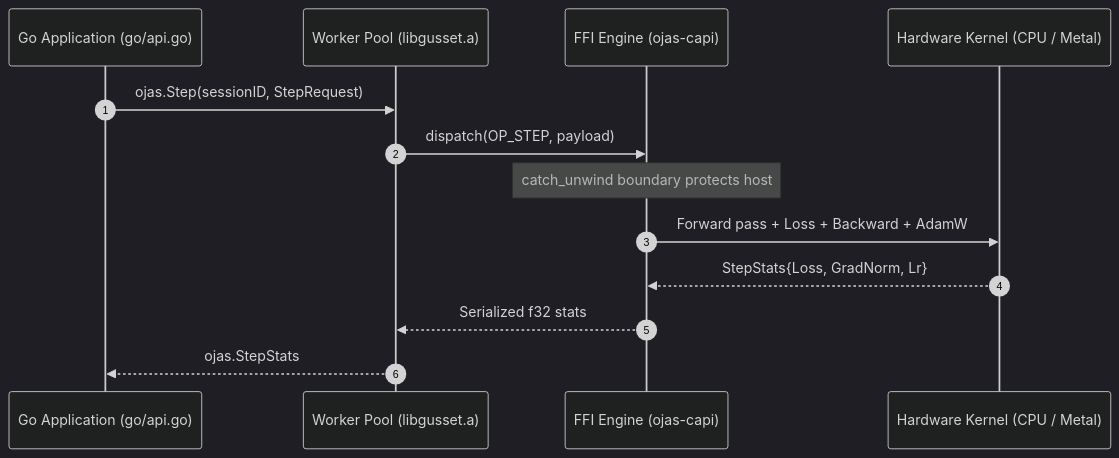
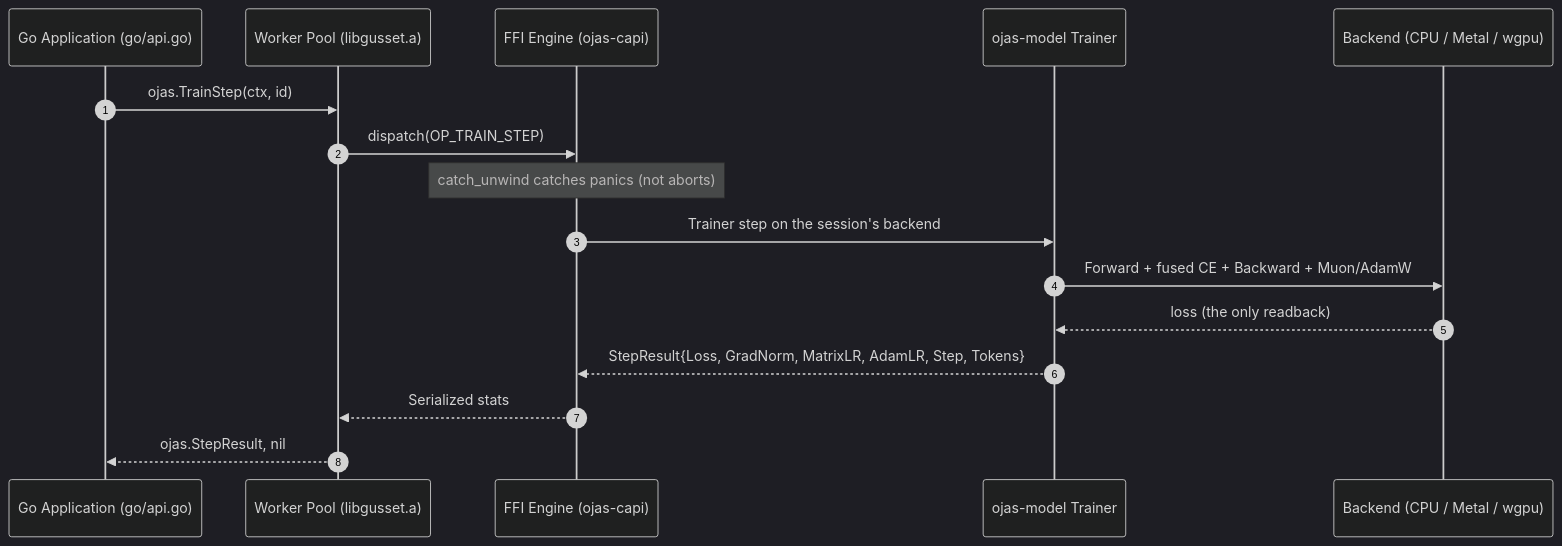
The seventh of 8 diagrams in README.md (bharathvbcr/ojas), drawn with Mermaid (dark theme) before and after one commit. The commit also changed other lines of this file and 1261 other files, not shown here.

````diff
--- a/README.md
+++ b/README.md
@@ -163,16 +261,19 @@
 ```mermaid
 sequenceDiagram
     autonumber
     participant Go as Go Application (go/api.go)
     participant Gusset as Worker Pool (libgusset.a)
     participant CAPI as FFI Engine (ojas-capi)
-    participant Kernel as Hardware Kernel (CPU / Metal)
+    participant Model as ojas-model Trainer
+    participant Backend as Backend (CPU / Metal / wgpu)
 
-    Go->>Gusset: ojas.Step(sessionID, StepRequest)
-    Gusset->>CAPI: dispatch(OP_STEP, payload)
-    Note over CAPI: catch_unwind boundary protects host
-    CAPI->>Kernel: Forward pass + Loss + Backward + AdamW
-    Kernel-->>CAPI: StepStats{Loss, GradNorm, Lr}
-    CAPI-->>Gusset: Serialized f32 stats
-    Gusset-->>Go: ojas.StepStats
+    Go->>Gusset: ojas.TrainStep(ctx, id)
+    Gusset->>CAPI: dispatch(OP_TRAIN_STEP)
+    Note over CAPI: catch_unwind catches panics (not aborts)
+    CAPI->>Model: Trainer step on the session's backend
+    Model->>Backend: Forward + fused CE + Backward + Muon/AdamW
+    Backend-->>Model: loss (the only readback)
+    Model-->>CAPI: StepResult{Loss, GradNorm, MatrixLR, AdamLR, Step, Tokens}
+    CAPI-->>Gusset: Serialized stats
+    Gusset-->>Go: ojas.StepResult, nil
 ```
````
